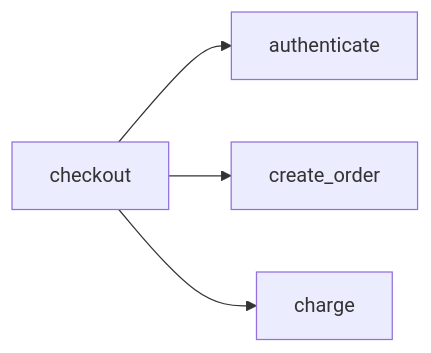
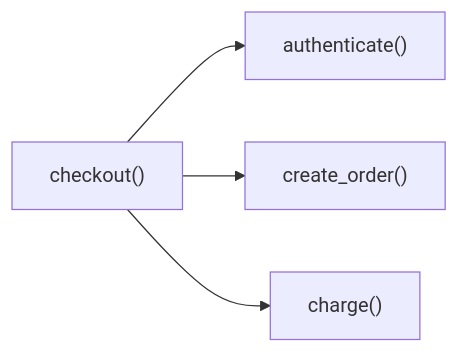
One commit to dapi/memory-bank changed the second of 4 diagrams in articles/code-property-graph.md. Above: the diagram before and after it, drawn with Mermaid. The commit also changed other lines of this file, not shown here.

Commit message:
docs: fix Mermaid diagrams in CPG article

````diff
--- a/articles/code-property-graph.md
+++ b/articles/code-property-graph.md
@@ -115,6 +115,6 @@
 ```mermaid
 flowchart LR
-    checkout --> authenticate
-    checkout --> create_order
-    checkout --> charge
+    A["checkout()"] --> B["authenticate()"]
+    A --> C["create_order()"]
+    A --> D["charge()"]
 ```
````
